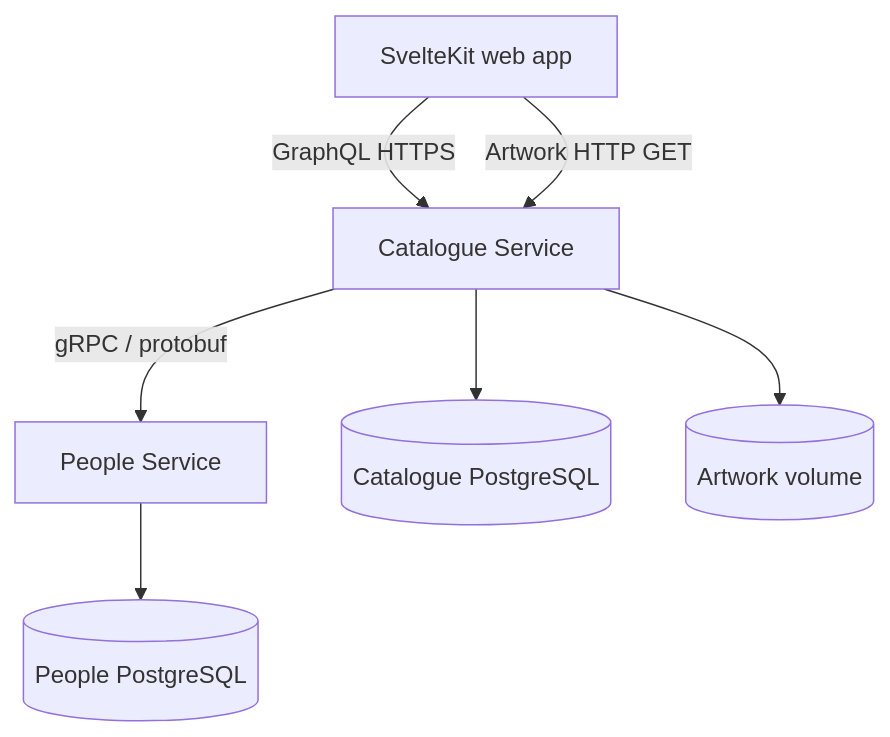
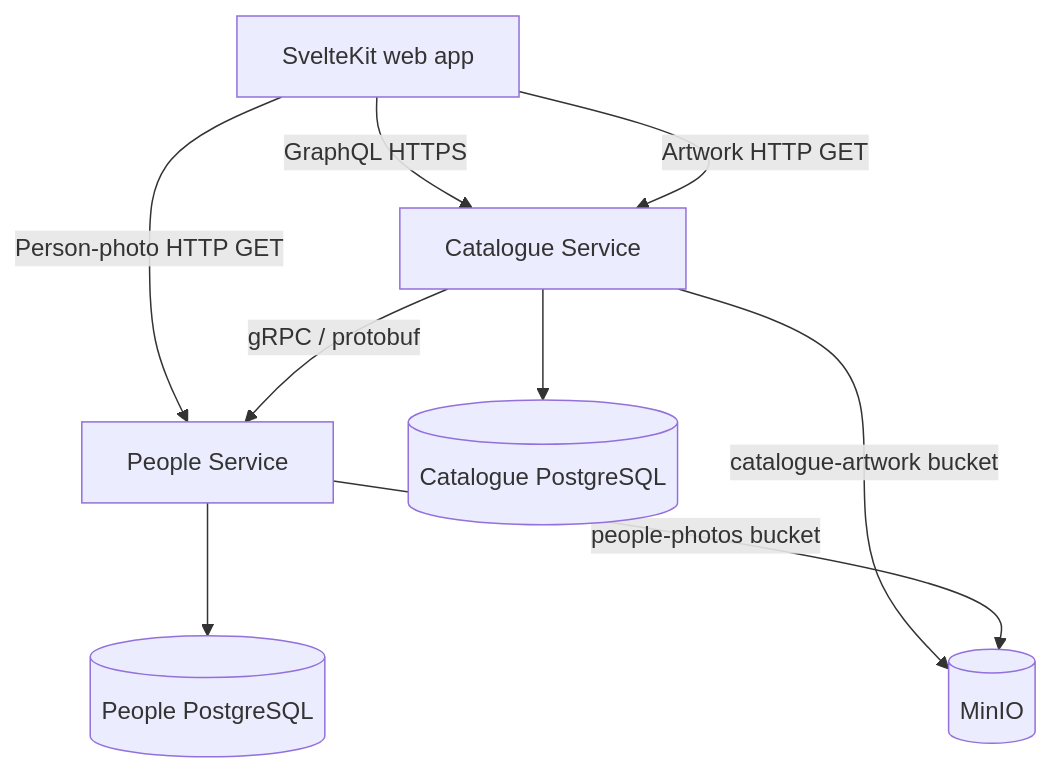
The first of 3 diagrams in docs/spec/TECHNICAL_SPECIFICATION v0.1.md (harunoyukidane/moviedb), drawn with Mermaid before and after one commit. The commit also changed other lines of this file and 6 other files, not shown here.

````diff
--- a/docs/spec/TECHNICAL_SPECIFICATION v0.1.md
+++ b/docs/spec/TECHNICAL_SPECIFICATION v0.1.md
@@ -165,9 +195,11 @@
 ```mermaid
 flowchart TB
     UI["SvelteKit web app"] -->|"GraphQL HTTPS"| CAT["Catalogue Service"]
     UI -->|"Artwork HTTP GET"| CAT
+    UI -->|"Person-photo HTTP GET"| PPL["People Service"]
     CAT -->|"gRPC / protobuf"| PPL["People Service"]
     CAT --> MDB[("Catalogue PostgreSQL")]
-    CAT --> ART[("Artwork volume")]
     PPL --> PDB[("People PostgreSQL")]
+    CAT -->|"catalogue-artwork bucket"| OBJ[("MinIO")]
+    PPL -->|"people-photos bucket"| OBJ
 ```
````
